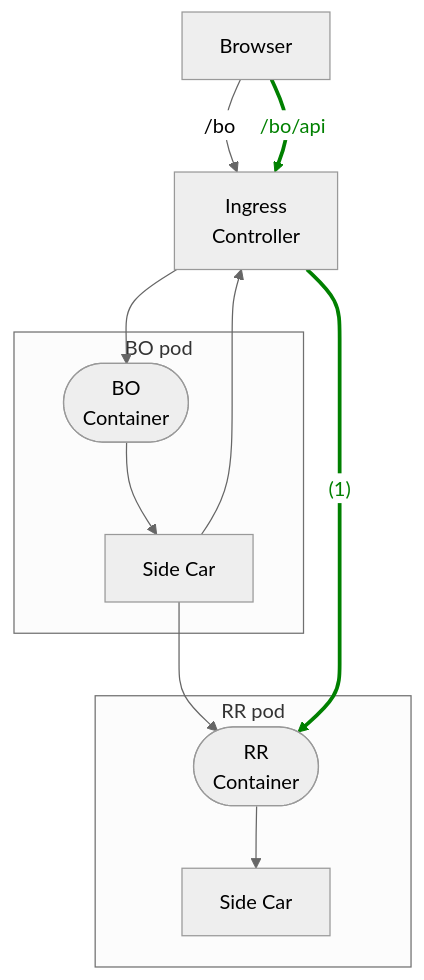
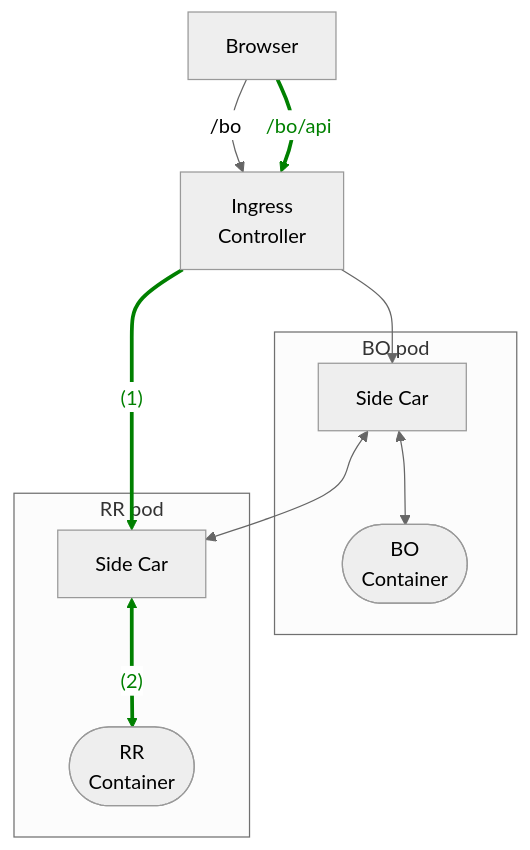
One commit to jd-brennan/doc changed the fifth of 5 diagrams in playground.md. Above: the diagram before and after it, drawn with Mermaid (neutral theme).

Commit message:
Updated current diagram to use SC

````diff
--- a/playground.md
+++ b/playground.md
@@ -128,25 +128,24 @@
 ```mermaid
 flowchart TD
     IC["Ingress
     Controller"]
     BOC(["BO
     Container"])
     BOSC["Side Car"]
     RRC(["RR
     Container"])
     RRSC["Side Car"]
     Browser -->|/bo| IC
     Browser -->|/bo/api| IC
-    IC --> BOC
+    IC --> BOSC
+    IC -->|"(1)"| RRSC
     subgraph BO pod
-    BOC --> BOSC
+    BOSC <--> BOC
     end
-    BOSC --> RRC
     subgraph RR pod
-    RRC --> RRSC
+    RRSC <-->|"(2)"| RRC
     end
-    BOSC --> IC
-    IC -->|"(1)"| RRC
-    linkStyle 1,7 stroke:green,stroke-width:3px,color:green;
+    BOSC <--> RRSC
+    linkStyle 1,3,5 stroke:green,stroke-width:3px,color:green;
 
 ```
````
